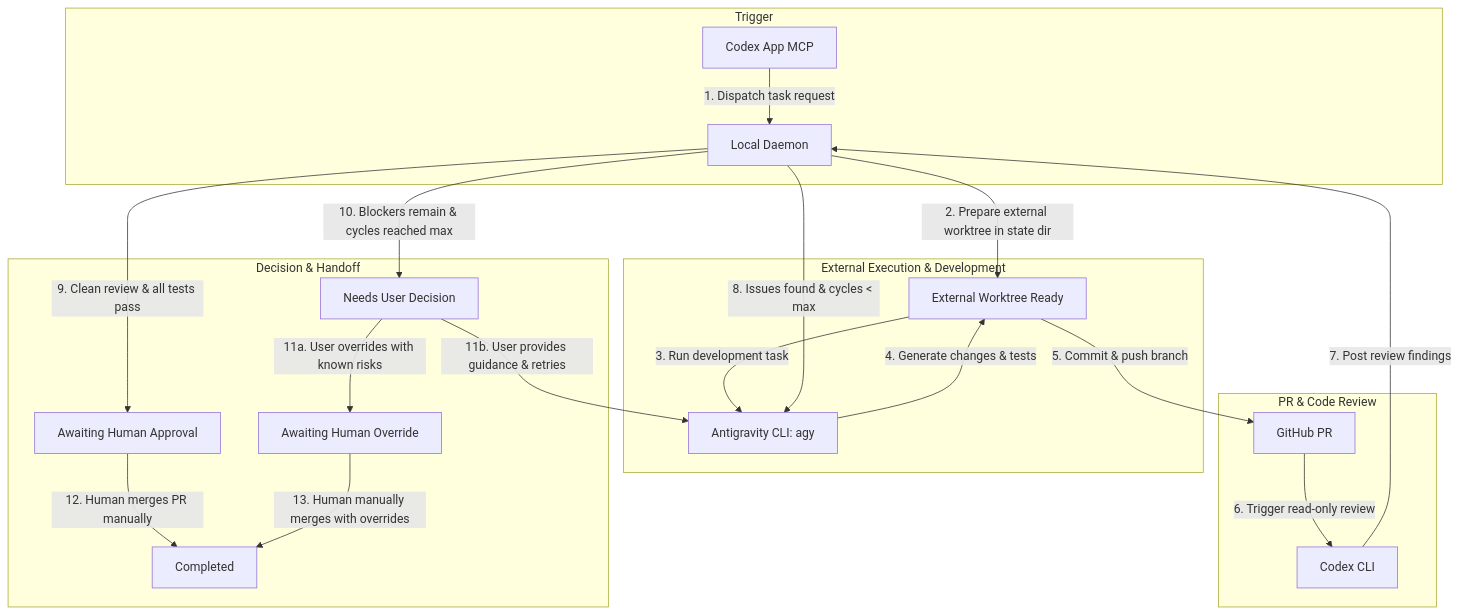
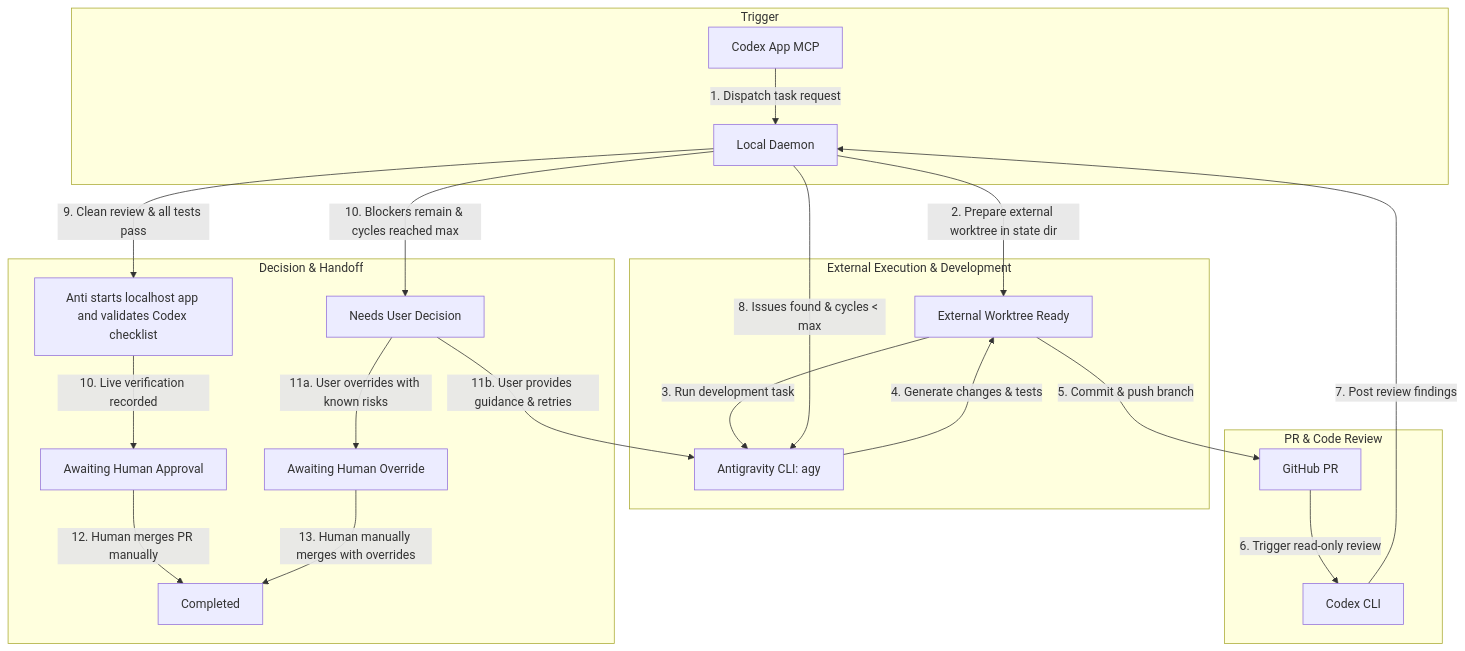
The diagram in README.md (echoleesong/codex-anti-orchestrator), drawn with Mermaid before and after one commit. The commit also changed other lines of this file and 17 other files, not shown here.

Commit message:
feat: auto-launch monitor and require live verification

````diff
--- a/README.md
+++ b/README.md
@@ -13,28 +13,29 @@
 ```mermaid
 flowchart TD
     subgraph Trigger
         A[Codex App MCP] -->|1. Dispatch task request| B[Local Daemon]
     end
 
     subgraph External Execution & Development
         B -->|2. Prepare external worktree in state dir| C[External Worktree Ready]
         C -->|3. Run development task| D[Antigravity CLI: agy]
         D -->|4. Generate changes & tests| C
     end
 
     subgraph PR & Code Review
         C -->|5. Commit & push branch| E[GitHub PR]
         E -->|6. Trigger read-only review| F[Codex CLI]
         F -->|7. Post review findings| B
     end
 
     subgraph Decision & Handoff
         B -->|8. Issues found & cycles < max| D
-        B -->|9. Clean review & all tests pass| G[Awaiting Human Approval]
+    B -->|9. Clean review & all tests pass| V[Anti starts localhost app and validates Codex checklist]
+    V -->|10. Live verification recorded| G[Awaiting Human Approval]
         B -->|10. Blockers remain & cycles reached max| H[Needs User Decision]
         H -->|11a. User overrides with known risks| J[Awaiting Human Override]
         H -->|11b. User provides guidance & retries| D
         G -->|12. Human merges PR manually| I[Completed]
         J -->|13. Human manually merges with overrides| I
     end
 ```
````
